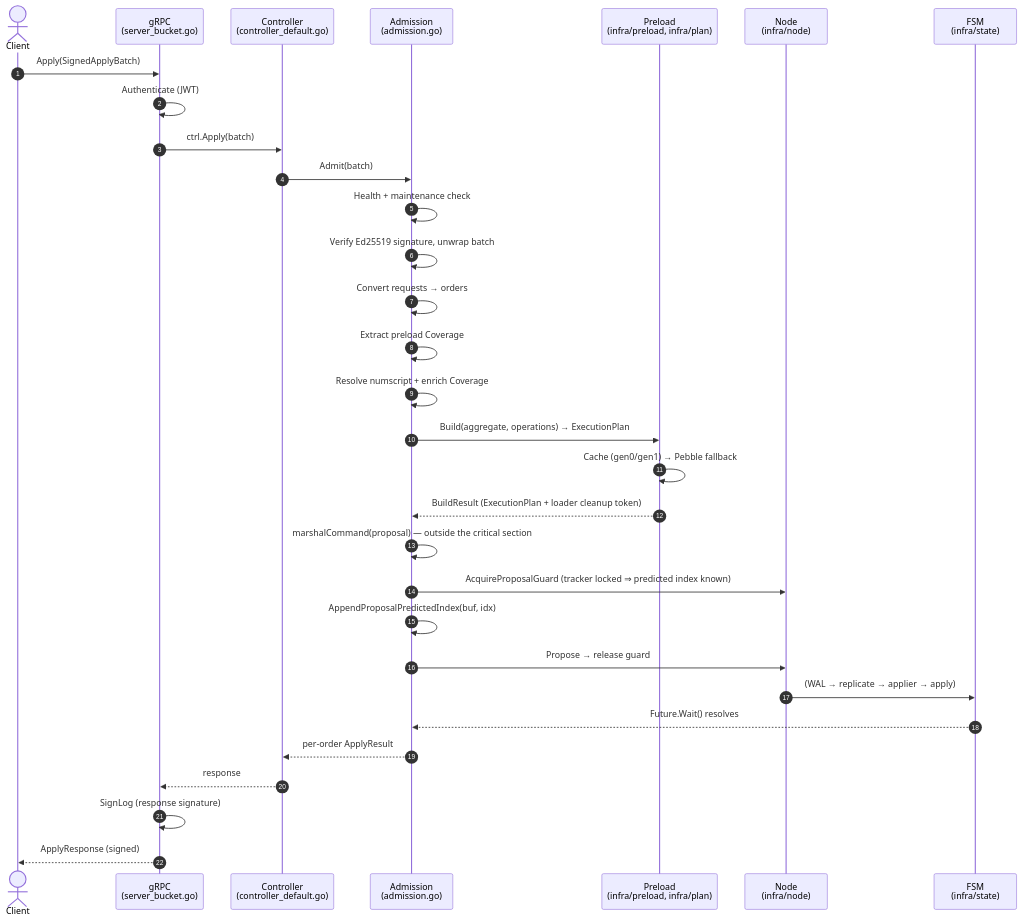
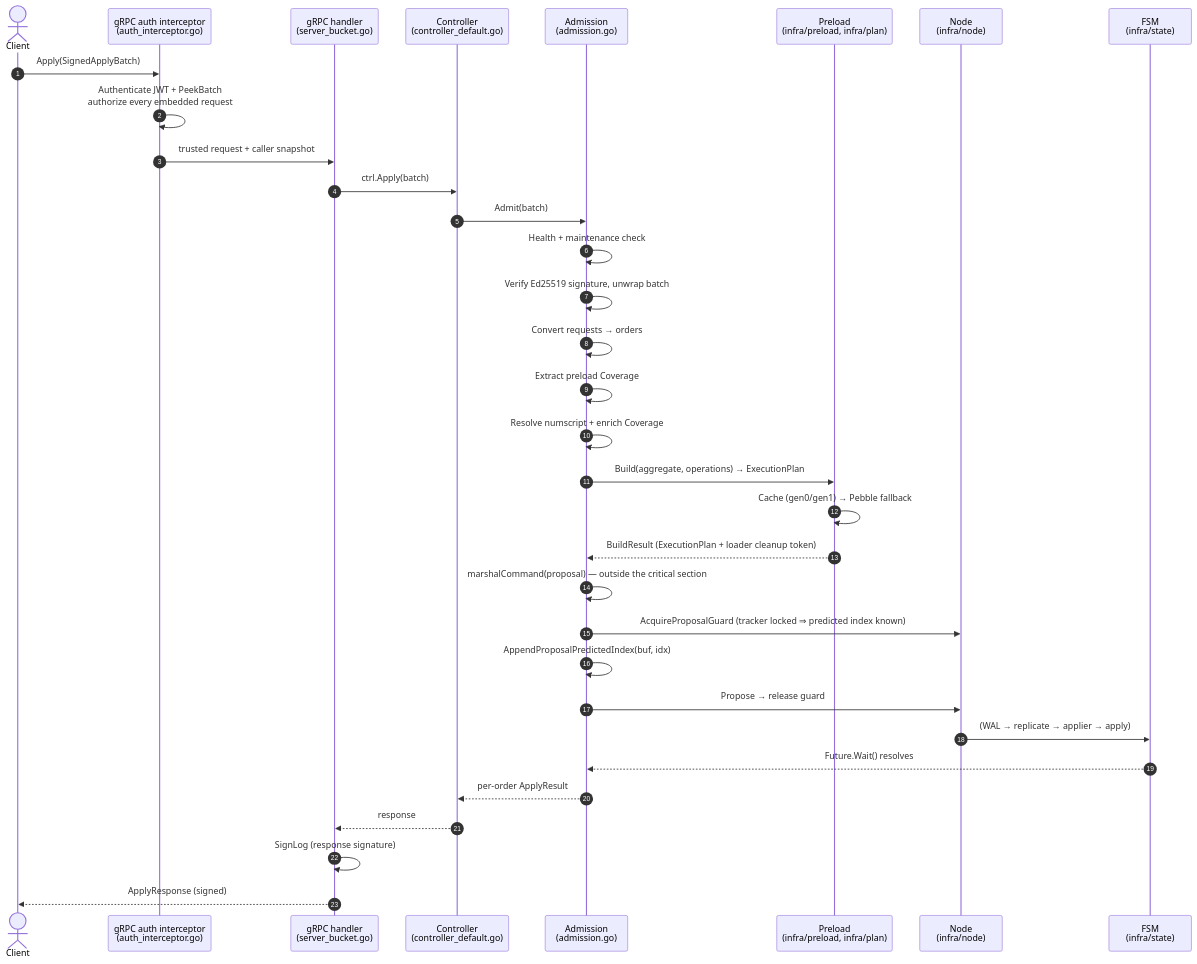
One commit to formancehq/ledger changed the diagram in docs/technical/architecture/subsystems/admission/pipeline.md. Above: the diagram before and after it, drawn with Mermaid. The commit also changed other lines of this file and 6 other files, not shown here.

````diff
--- a/docs/technical/architecture/subsystems/admission/pipeline.md
+++ b/docs/technical/architecture/subsystems/admission/pipeline.md
@@ -9,34 +9,36 @@
 ```mermaid
 sequenceDiagram
     autonumber
     actor C as Client
-    participant G as gRPC<br/>(server_bucket.go)
+    participant I as gRPC auth interceptor<br/>(auth_interceptor.go)
+    participant G as gRPC handler<br/>(server_bucket.go)
     participant Ctrl as Controller<br/>(controller_default.go)
     participant A as Admission<br/>(admission.go)
     participant Pre as Preload<br/>(infra/preload, infra/plan)
     participant N as Node<br/>(infra/node)
     participant FSM as FSM<br/>(infra/state)
 
-    C->>G: Apply(SignedApplyBatch)
-    G->>G: Authenticate (JWT)
+    C->>I: Apply(SignedApplyBatch)
+    I->>I: Authenticate JWT + PeekBatch<br/>authorize every embedded request
+    I->>G: trusted request + caller snapshot
     G->>Ctrl: ctrl.Apply(batch)
     Ctrl->>A: Admit(batch)
     A->>A: Health + maintenance check
     A->>A: Verify Ed25519 signature, unwrap batch
     A->>A: Convert requests → orders
     A->>A: Extract preload Coverage
     A->>A: Resolve numscript + enrich Coverage
     A->>Pre: Build(aggregate, operations) → ExecutionPlan
     Pre->>Pre: Cache (gen0/gen1) → Pebble fallback
     Pre-->>A: BuildResult (ExecutionPlan + loader cleanup token)
     A->>A: marshalCommand(proposal) — outside the critical section
     A->>N: AcquireProposalGuard (tracker locked ⇒ predicted index known)
     A->>A: AppendProposalPredictedIndex(buf, idx)
     A->>N: Propose → release guard
     N->>FSM: (WAL → replicate → applier → apply)
     FSM-->>A: Future.Wait() resolves
     A-->>Ctrl: per-order ApplyResult
     Ctrl-->>G: response
     G->>G: SignLog (response signature)
     G-->>C: ApplyResponse (signed)
 ```
````
